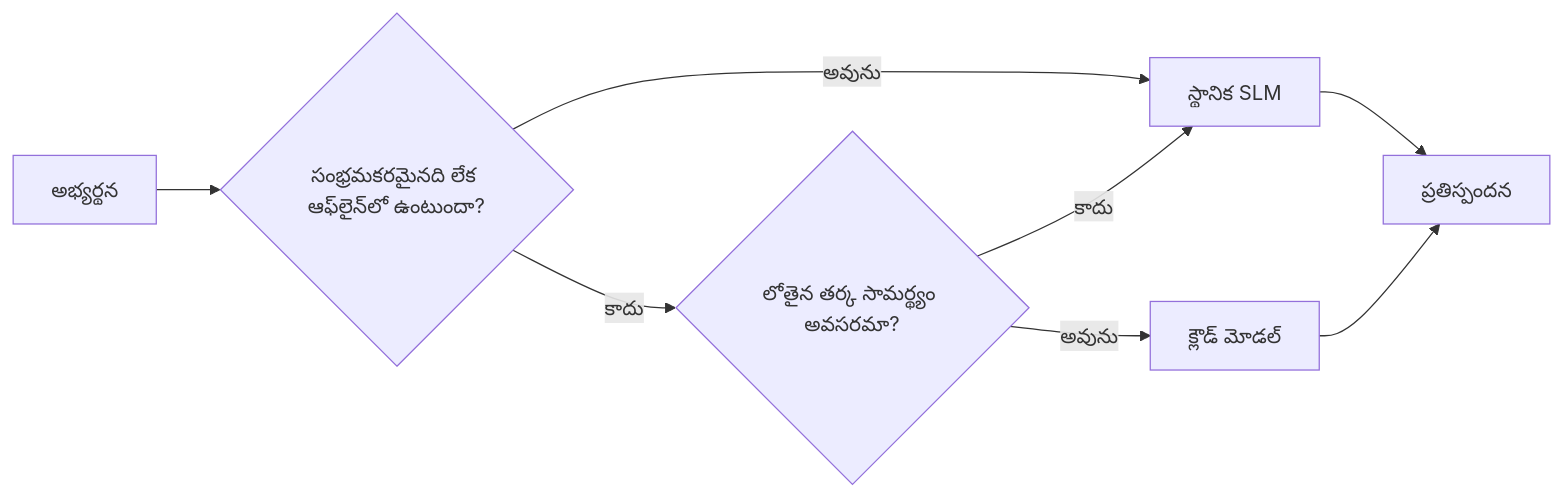
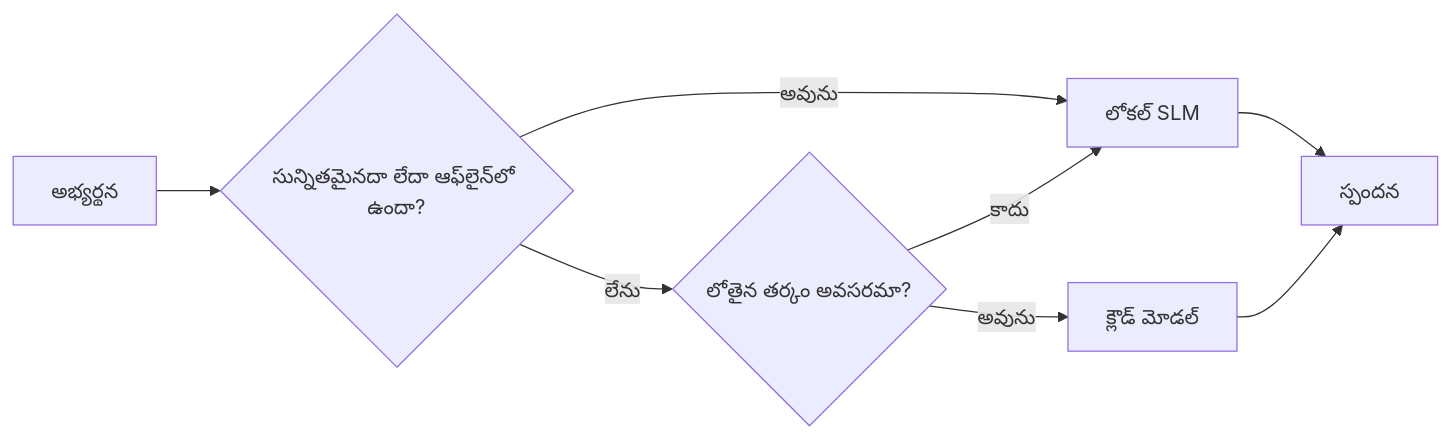
One commit to microsoft/ai-agents-for-beginners changed the fourth of 4 diagrams in translations/te/17-creating-local-ai-agents/README.md. Above: the diagram before and after it, drawn with Mermaid. The commit also changed other lines of this file and 43 other files, not shown here.

````diff
--- a/translations/te/17-creating-local-ai-agents/README.md
+++ b/translations/te/17-creating-local-ai-agents/README.md
@@ -156,10 +156,10 @@
 ```mermaid
 flowchart LR
-    Q[అభ్యర్థన] --> S{సంభ్రమకరమైనది లేక ఆఫ్‌లైన్‌లో ఉంటుందా?}
-    S -->|అవును| L[స్థానిక SLM]
-    S -->|కాదు| C{లోతైన తర్క సామర్థ్యం అవసరమా?}
+    Q[అభ్యర్థన] --> S{సున్నితమైనదా లేదా ఆఫ్‌లైన్‌లో ఉందా?}
+    S -->|అవును| L[లోకల్ SLM]
+    S -->|లేను| C{లోతైన తర్కం అవసరమా?}
     C -->|కాదు| L
     C -->|అవును| Cloud[క్లౌడ్ మోడల్]
-    L --> Out[ప్రతిస్పందన]
+    L --> Out[స్పందన]
     Cloud --> Out
 ```
````
